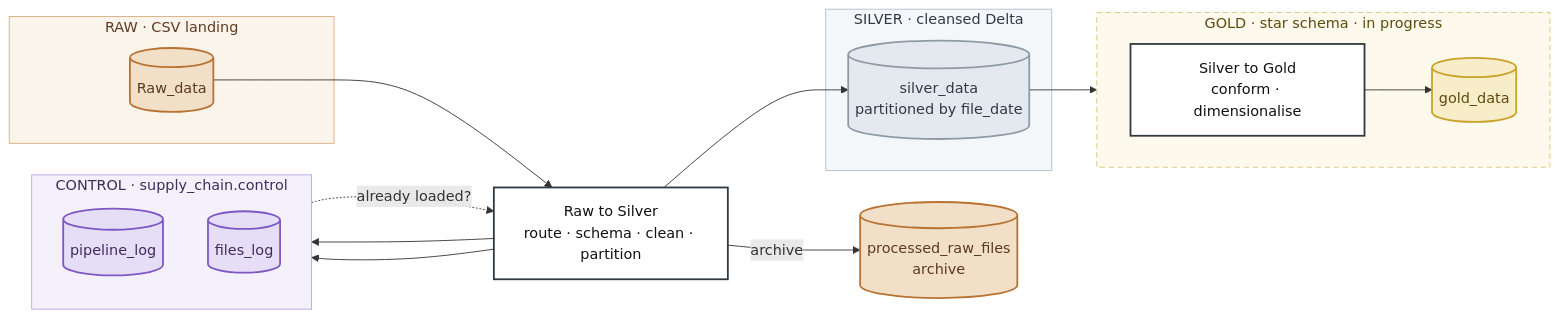
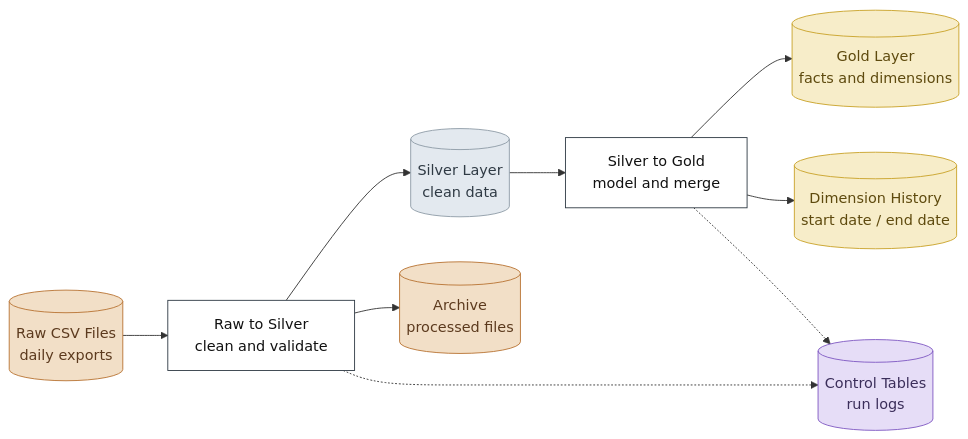
The first of 4 diagrams in README.md (ghanshyamhadiya/Supply_chain), drawn with Mermaid before and after one commit. The commit also changed other lines of this file, not shown here.

````diff
--- a/README.md
+++ b/README.md
@@ -26,51 +27,23 @@
 ```mermaid
 flowchart LR
-    subgraph rawg["RAW · CSV landing"]
-        R1[("Raw_data")]
-    end
+    A[("Raw CSV Files<br/>daily exports")] --> B["Raw to Silver<br/>clean and validate"]
+    B --> C[("Silver Layer<br/>clean data")]
+    C --> D["Silver to Gold<br/>model and merge"]
+    D --> E[("Gold Layer<br/>facts and dimensions")]
+    D --> H[("Dimension History<br/>start date / end date")]
+    B --> F[("Archive<br/>processed files")]
+    B -.-> G[("Control Tables<br/>run logs")]
+    D -.-> G
 
-    J1["Raw to Silver<br/>route · schema · clean · partition"]
-    R2[("processed_raw_files<br/>archive")]
+    classDef raw fill:#F2DFC7,stroke:#B87333,color:#5C3A1E
+    classDef slv fill:#E3E9EF,stroke:#8E9BA6,color:#2F3A44
+    classDef gld fill:#F7EDC9,stroke:#C9A227,color:#5E4A0E
+    classDef job fill:#FFFFFF,stroke:#2F3A44,color:#111111
+    classDef ctl fill:#E6DDF7,stroke:#7E57C2,color:#3B2E5A
 
-    subgraph slvg["SILVER · cleansed Delta"]
-        S1[("silver_data<br/>partitioned by file_date")]
-    end
-
-    subgraph gldg["GOLD · star schema · in progress"]
-        direction LR
-        J2["Silver to Gold<br/>conform · dimensionalise"]
-        G1[("gold_data")]
-    end
-
-    subgraph ctlg["CONTROL · supply_chain.control"]
-        direction TB
-        C1[("pipeline_log")]
-        C2[("files_log")]
-    end
-
-    R1 --> J1
-    J1 -->|"archive"| R2
-    J1 --> S1
-    S1 --> J2
-    J2 --> G1
-    J1 --> C1
-    J1 --> C2
-    C2 -.->|"already loaded?"| J1
-
-    classDef bronze fill:#F2DFC7,stroke:#B87333,stroke-width:2px,color:#5C3A1E
-    classDef slv fill:#E3E9EF,stroke:#8E9BA6,stroke-width:2px,color:#2F3A44
-    classDef gld fill:#F7EDC9,stroke:#C9A227,stroke-width:2px,color:#5E4A0E
-    classDef job fill:#FFFFFF,stroke:#2F3A44,stroke-width:2px,color:#111111
-    classDef ctl fill:#E6DDF7,stroke:#7E57C2,stroke-width:2px,color:#3B2E5A
-
-    class R1,R2 bronze
-    class S1 slv
-    class G1 gld
-    class J1,J2 job
-    class C1,C2 ctl
-
-    style rawg fill:#FBF4EA,stroke:#D9AE84,color:#5C3A1E
-    style slvg fill:#F4F7F9,stroke:#B4BFC9,color:#2F3A44
-    style gldg fill:#FDF9EC,stroke:#DCC77A,stroke-dasharray:6 4,color:#5E4A0E
-    style ctlg fill:#F5F1FC,stroke:#B9A5E0,color:#3B2E5A
+    class A,F raw
+    class C slv
+    class E,H gld
+    class B,D job
+    class G ctl
 ```
````
